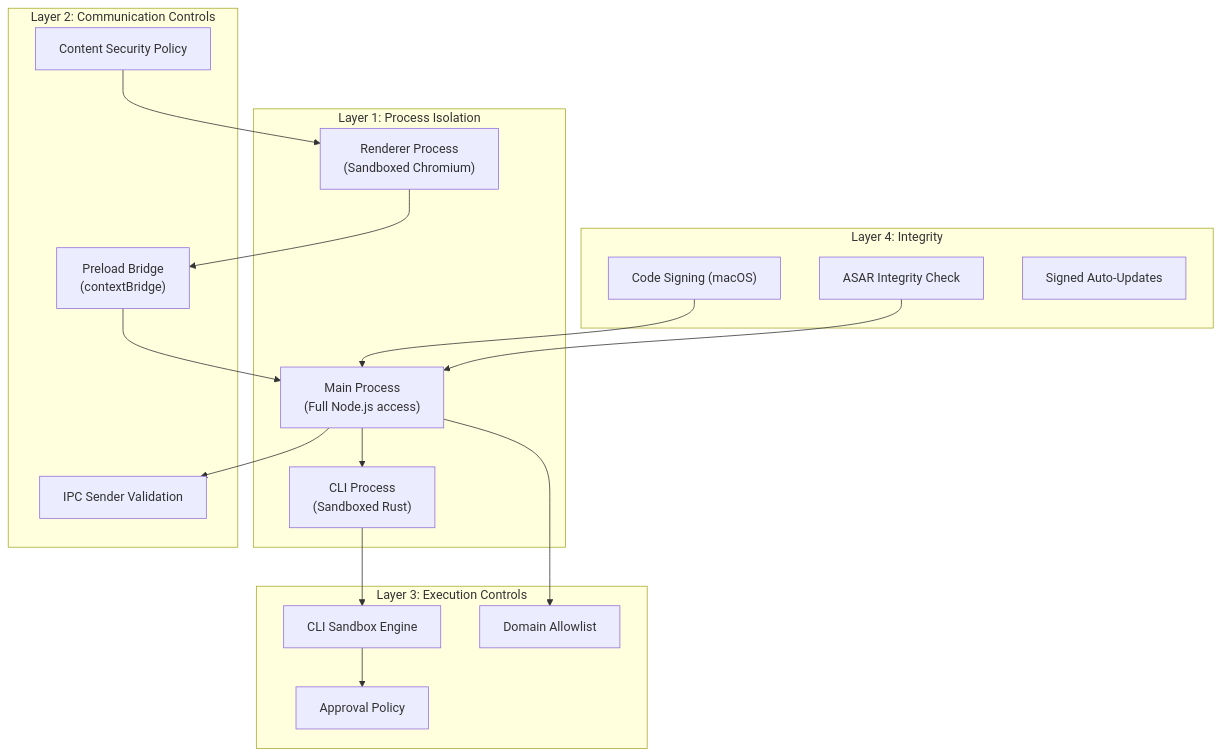
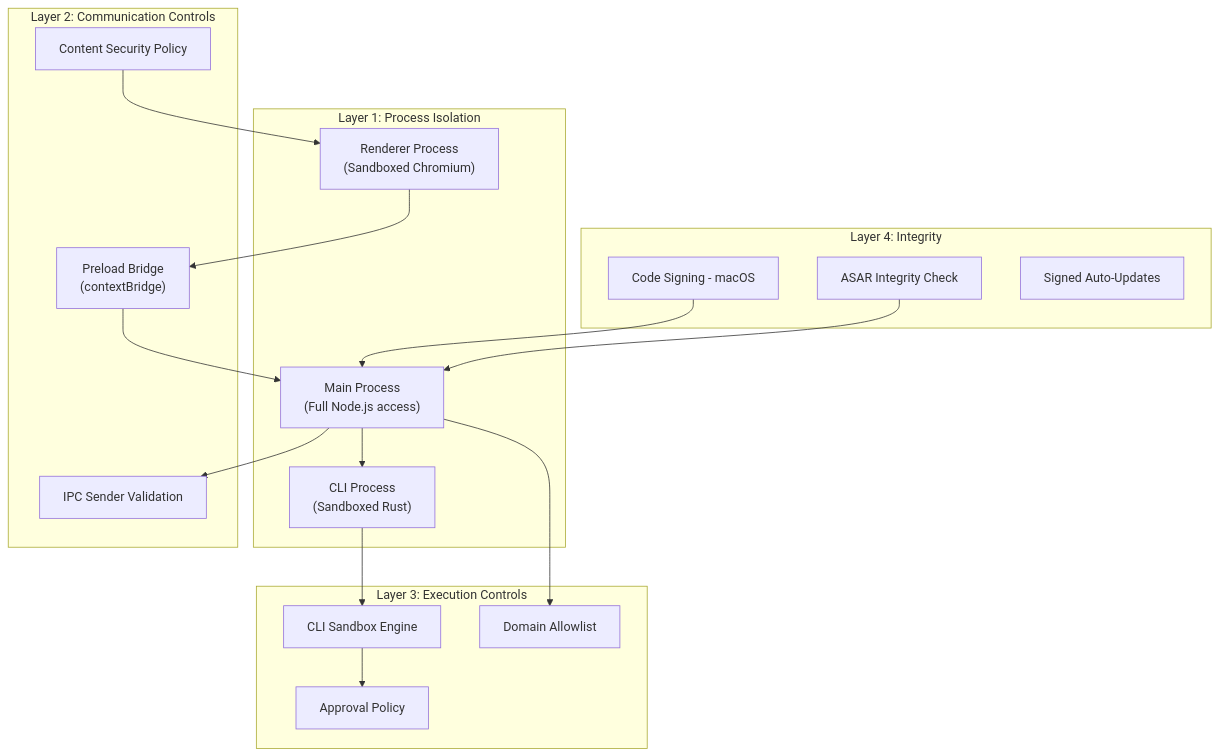
Before and after one commit to ChrisFeldmeier/codex-research: the first of 2 diagrams in 16-security-model.md, drawn with Mermaid. The commit also changed 14 other files, not shown here.

Commit message:
Refactor mermaid diagrams to flowchart syntax and enhance label descriptions across multiple documentation files

````diff
--- a/16-security-model.md
+++ b/16-security-model.md
@@ -9,37 +9,37 @@
 ```mermaid
-graph TD
+flowchart TD
     subgraph "Layer 1: Process Isolation"
         MAIN_P["Main Process<br/>(Full Node.js access)"]
         RENDERER_P["Renderer Process<br/>(Sandboxed Chromium)"]
         CLI_P["CLI Process<br/>(Sandboxed Rust)"]
     end
 
     subgraph "Layer 2: Communication Controls"
         PRELOAD["Preload Bridge<br/>(contextBridge)"]
         IPC_VAL["IPC Sender Validation"]
         CSP_L["Content Security Policy"]
     end
 
     subgraph "Layer 3: Execution Controls"
         SANDBOX["CLI Sandbox Engine"]
         APPROVAL["Approval Policy"]
         DOMAIN["Domain Allowlist"]
     end
 
     subgraph "Layer 4: Integrity"
         ASAR["ASAR Integrity Check"]
-        SIGN["Code Signing (macOS)"]
+        SIGN["Code Signing - macOS"]
         UPDATE["Signed Auto-Updates"]
     end
 
     RENDERER_P --> PRELOAD
     PRELOAD --> MAIN_P
     MAIN_P --> IPC_VAL
     CSP_L --> RENDERER_P
     MAIN_P --> CLI_P
     CLI_P --> SANDBOX
     SANDBOX --> APPROVAL
     MAIN_P --> DOMAIN
     ASAR --> MAIN_P
     SIGN --> MAIN_P
 ```
````
